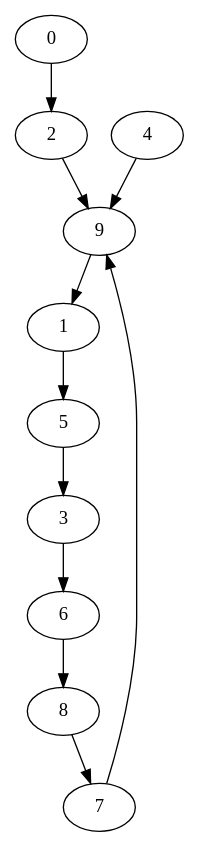
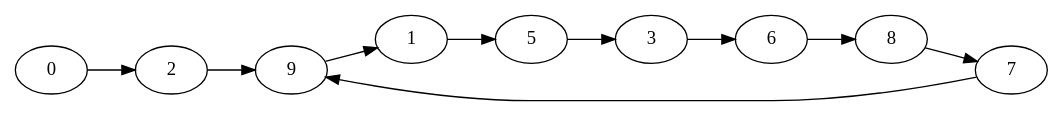
The diagram in atoms/leetcode 287.md (SCBee/universe), drawn with Graphviz before and after one commit. The commit also changed other lines of this file, not shown here.

````diff
--- a/atoms/leetcode 287.md
+++ b/atoms/leetcode 287.md
@@ -11,14 +15,14 @@
 ```dot
 digraph G {
+	rankdir="LR"
 	0 -> 2
 	1 -> 5
 	2 -> 9
 	3 -> 6
-	4 -> 9
 	5 -> 3
 	6 -> 8
 	7 -> 9
 	8 -> 7
 	9 -> 1
 }
 ```
````
